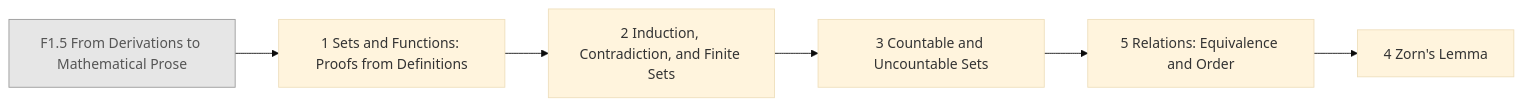
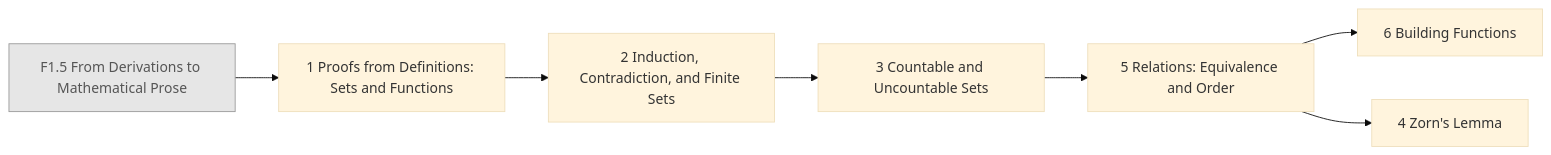
Before and after one commit to AkizumiFox/math-atlas: the diagram in generated/chapters/F2.mmd, drawn with Mermaid (base theme). The commit also changed 13 other files, not shown here.

Commit message:
fd2 renamed Sets and Functions; Zorn to Chapter 6; stubs for 3.6 Cardinal Arithmetic and Chapter 5 Building Functions (layout addendum)

```diff
--- a/generated/chapters/F2.mmd
+++ b/generated/chapters/F2.mmd
@@ -1,15 +1,17 @@
 flowchart LR
   F1_5["F1.5 From Derivations to Mathematical Prose"]:::ext
-  F2_1["1 Sets and Functions: Proofs from Definitions"]
+  F2_1["1 Proofs from Definitions: Sets and Functions"]
   F2_2["2 Induction, Contradiction, and Finite Sets"]
   F2_3["3 Countable and Uncountable Sets"]
   F2_5["5 Relations: Equivalence and Order"]
+  F2_6["6 Building Functions"]
   F2_4["4 Zorn's Lemma"]
   F1_5 --> F2_1
   F2_1 --> F2_2
   F2_2 --> F2_3
   F2_3 --> F2_5
+  F2_5 --> F2_6
   F2_5 --> F2_4
   classDef ext fill:#e6e6e6,stroke:#999,color:#555
   classDef opt fill:#fff,stroke:#999,stroke-dasharray:4 3,color:#555
   classDef segb fill:#f6f6fb,stroke:#99a,color:#333
```
